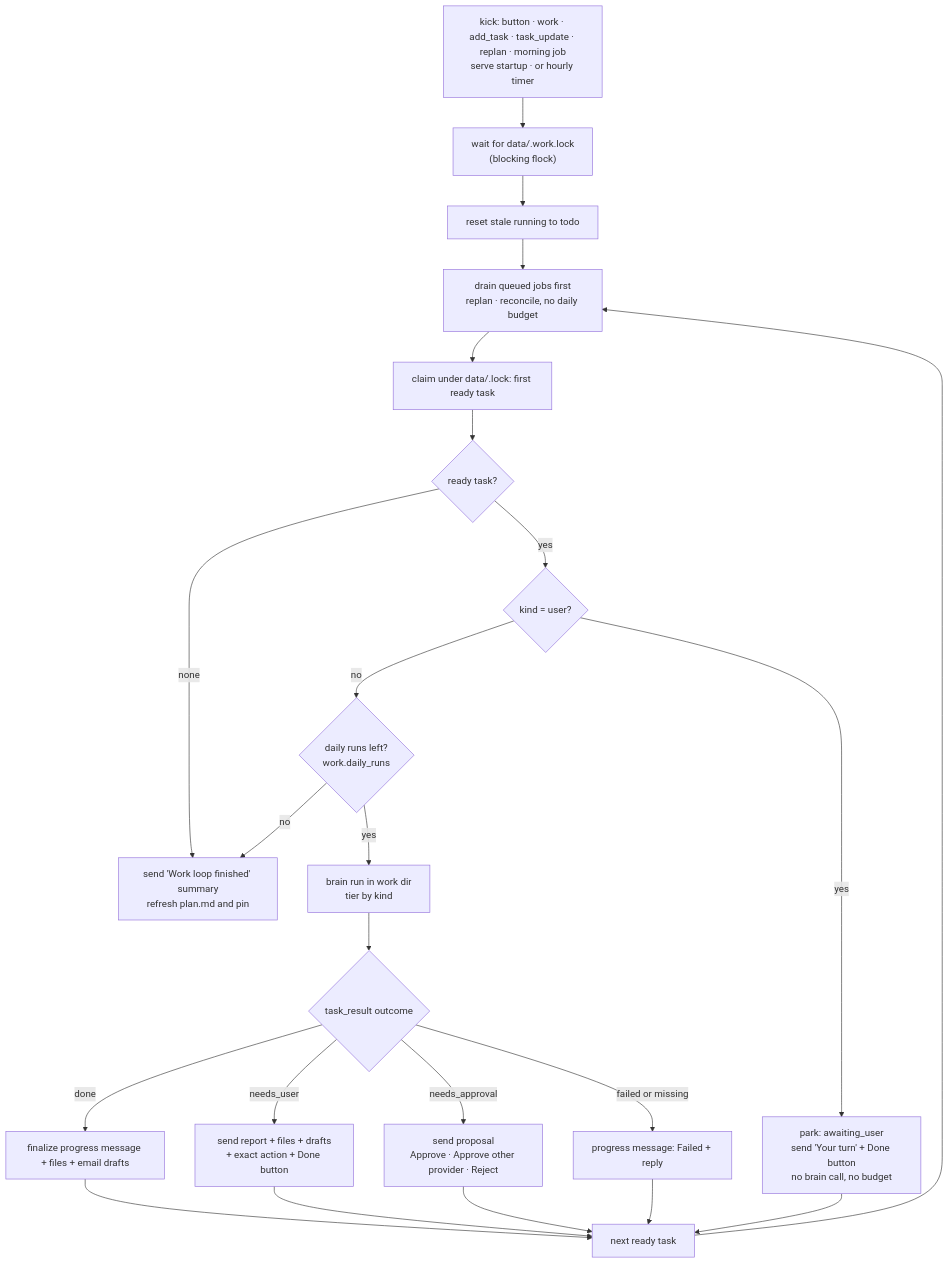
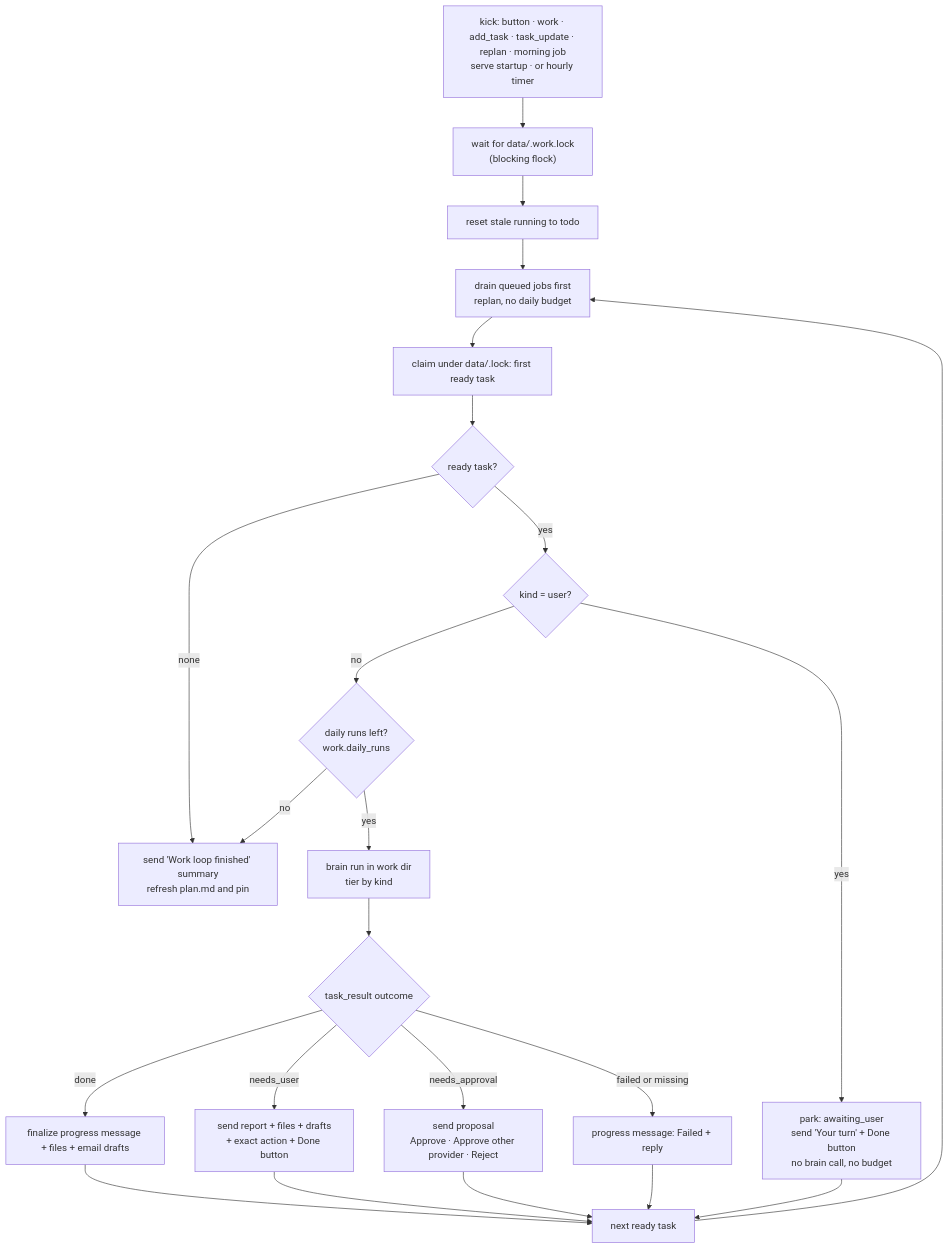
The tenth of 19 diagrams in docs/ARCHITECTURE.md (vovka/mentor-bot), drawn with Mermaid before and after one commit. The commit also changed other lines of this file and 20 other files, not shown here.

````diff
--- a/docs/ARCHITECTURE.md
+++ b/docs/ARCHITECTURE.md
@@ -269,22 +272,22 @@
 ```mermaid
 flowchart TB
   K["kick: button · work · add_task · task_update · replan · morning job<br/>serve startup · or hourly timer"] --> LK["wait for data/.work.lock<br/>(blocking flock)"]
   LK --> RS["reset stale running to todo"] --> JB
-  JB["drain queued jobs first<br/>replan · reconcile, no daily budget"] --> CL
+  JB["drain queued jobs first<br/>replan, no daily budget"] --> CL
   CL["claim under data/.lock: first ready task"] --> RD{"ready task?"}
   RD -- none --> FIN
   RD -- yes --> UT{"kind = user?"}
   UT -- yes --> PK["park: awaiting_user<br/>send 'Your turn' + Done button<br/>no brain call, no budget"]
   UT -- no --> BG{"daily runs left?<br/>work.daily_runs"}
   BG -- no --> FIN
   BG -- yes --> BR["brain run in work dir<br/>tier by kind"]
   BR --> OC{"task_result outcome"}
   OC -- done --> T1["finalize progress message + files + email drafts"]
   OC -- needs_user --> T2["send report + files + drafts<br/>+ exact action + Done button"]
   OC -- needs_approval --> T3["send proposal<br/>Approve · Approve other provider · Reject"]
   OC -- "failed or missing" --> T4["progress message: Failed + reply"]
   T1 & T2 & T3 & T4 --> NX[next ready task]
   PK --> NX
   NX --> JB
   FIN["send 'Work loop finished' summary<br/>refresh plan.md and pin"]
 ```
````
